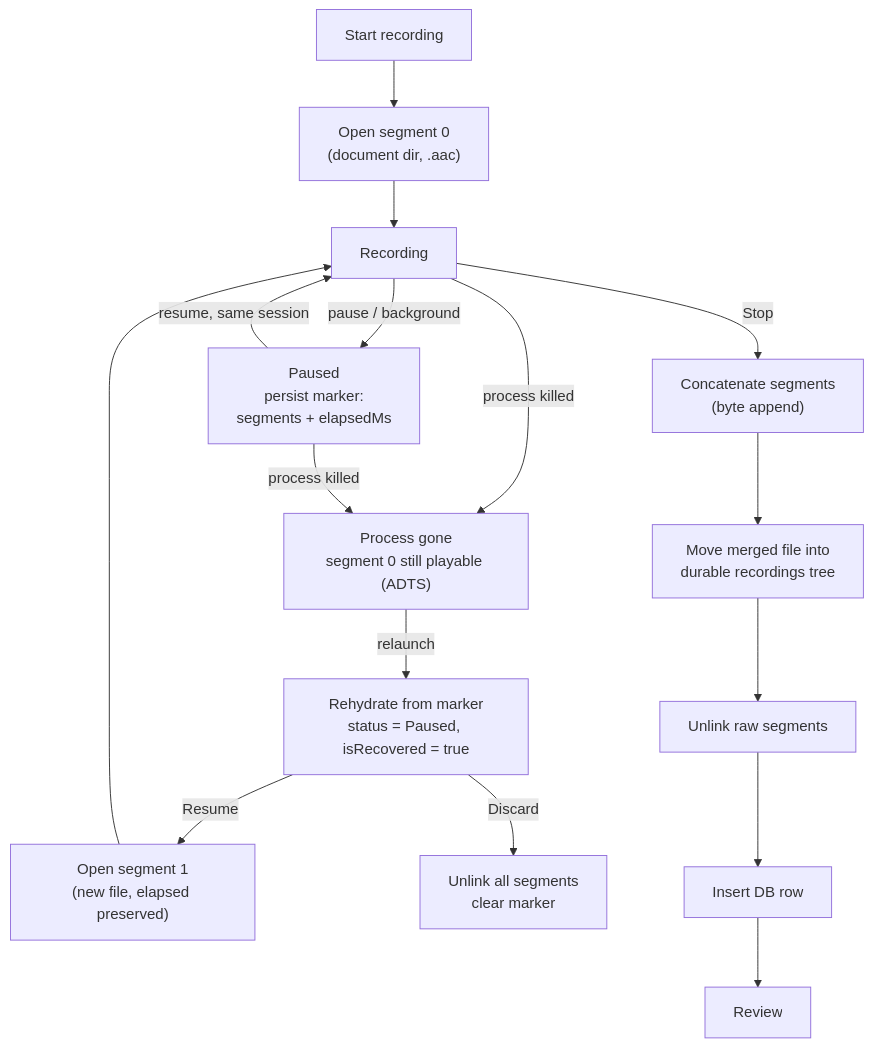
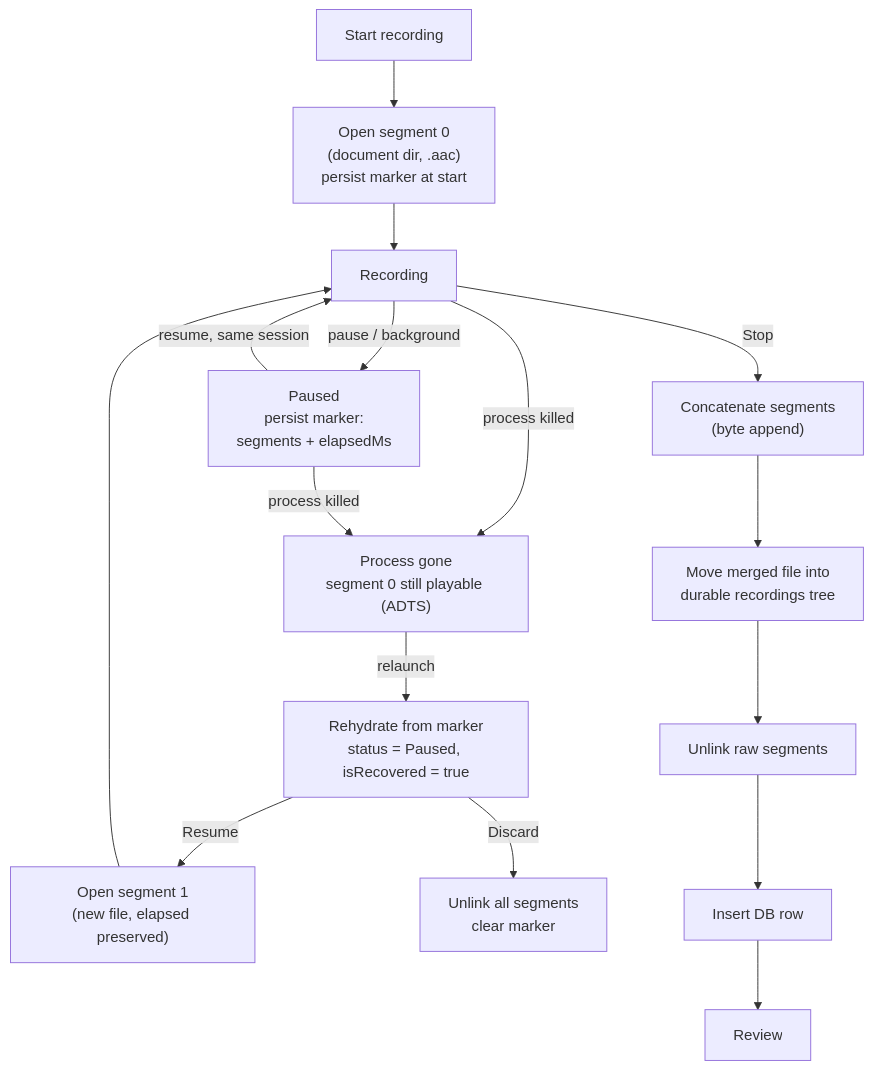
The diagram in docs/recording-kill-resilience.md (eten-tech-foundation/fluent-mobile), drawn with Mermaid before and after one commit. The commit also changed other lines of this file, not shown here.

First line of the commit message:
[#49]: Document home recovery prompt and kill persistence

````diff
--- a/docs/recording-kill-resilience.md
+++ b/docs/recording-kill-resilience.md
@@ -41,21 +45,21 @@
 ```mermaid
 flowchart TD
-    start["Start recording"] --> seg0["Open segment 0<br/>(document dir, .aac)"]
+    start["Start recording"] --> seg0["Open segment 0<br/>(document dir, .aac)<br/>persist marker at start"]
     seg0 --> rec["Recording"]
     rec -->|pause / background| paused["Paused<br/>persist marker:<br/>segments + elapsedMs"]
     paused -->|resume, same session| rec
 
     rec -->|process killed| dead["Process gone<br/>segment 0 still playable (ADTS)"]
     paused -->|process killed| dead
 
     dead -->|relaunch| rehydrate["Rehydrate from marker<br/>status = Paused, isRecovered = true"]
     rehydrate -->|Resume| seg1["Open segment 1<br/>(new file, elapsed preserved)"]
     rehydrate -->|Discard| discard["Unlink all segments<br/>clear marker"]
     seg1 --> rec
 
     rec -->|Stop| concat["Concatenate segments<br/>(byte append)"]
     concat --> move["Move merged file into<br/>durable recordings tree"]
     move --> cleanup["Unlink raw segments"]
     cleanup --> insert["Insert DB row"]
     insert --> review["Review"]
 ```
````
